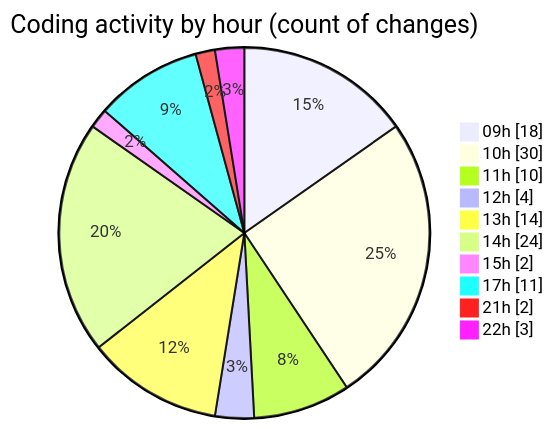
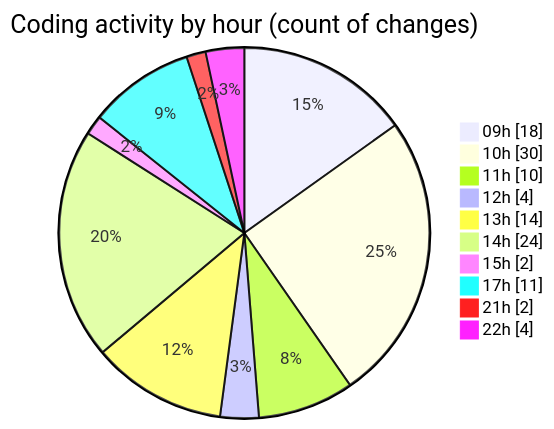
Before and after one commit to momahboobian/code-tracking: the second of 2 diagrams in 2026-09-23/cda/README.md, drawn with Mermaid. The commit also changed other lines of this file and 1 other file, not shown here.

````diff
--- a/2026-09-23/cda/README.md
+++ b/2026-09-23/cda/README.md
@@ -70,14 +70,14 @@
 ```mermaid
 pie showData
 title Coding activity by hour (count of changes)
 "09h" : 18
 "10h" : 30
 "11h" : 10
 "12h" : 4
 "13h" : 14
 "14h" : 24
 "15h" : 2
 "17h" : 11
 "21h" : 2
-"22h" : 3
+"22h" : 4
 ```
````
